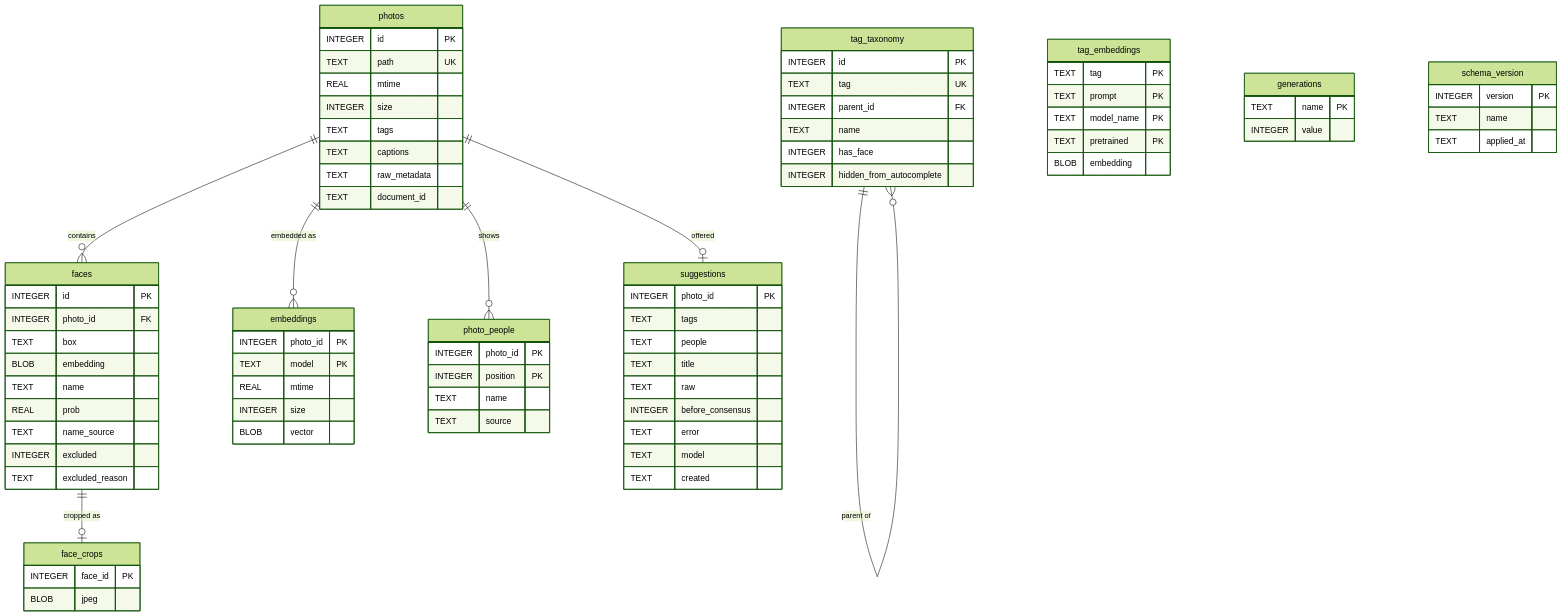
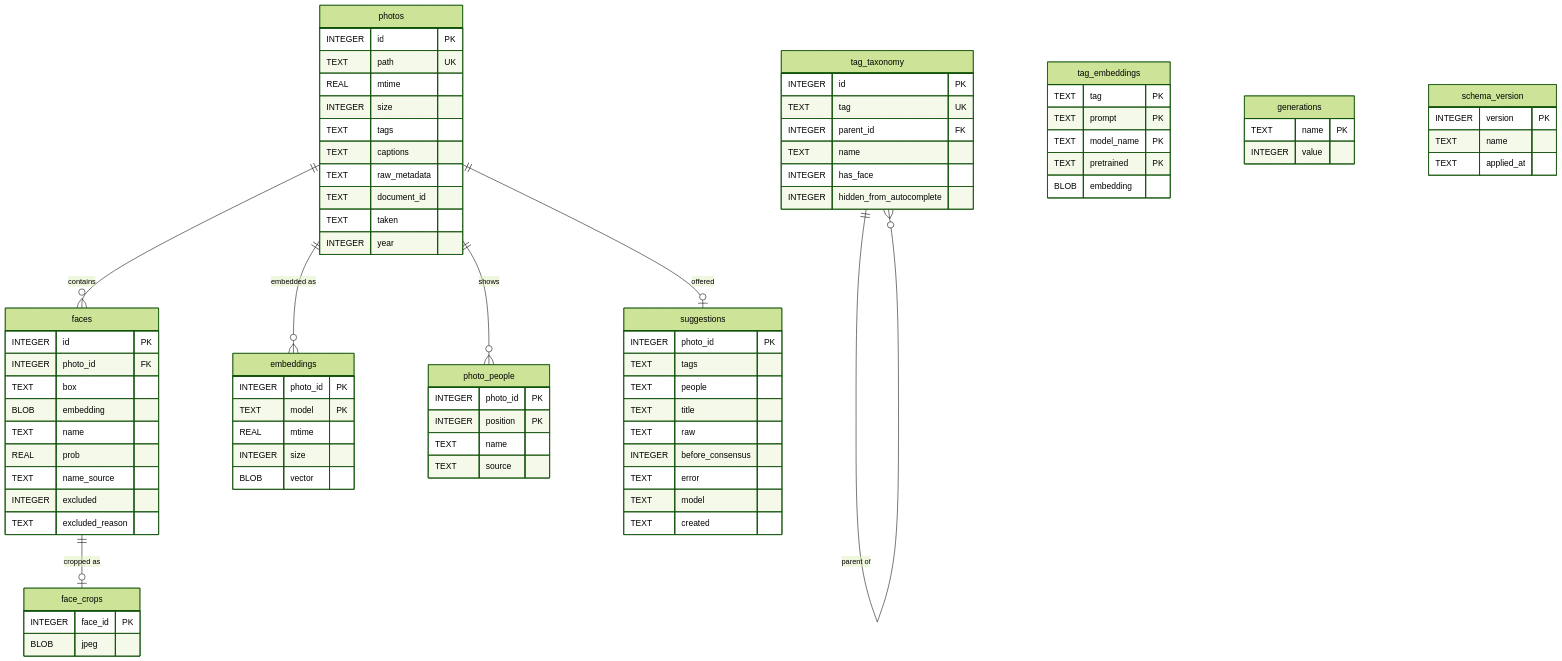
One commit to Wizoi/TagPup changed the first of 2 diagrams in DATABASE.md. Above: the diagram before and after it, drawn with Mermaid (forest theme). The commit also changed other lines of this file and 20 other files, not shown here.

```diff
--- a/DATABASE.md
+++ b/DATABASE.md
@@ -191,6 +193,8 @@
         TEXT captions
         TEXT raw_metadata
         TEXT document_id
+        TEXT taken
+        INTEGER year
     }
     
     faces {
```
